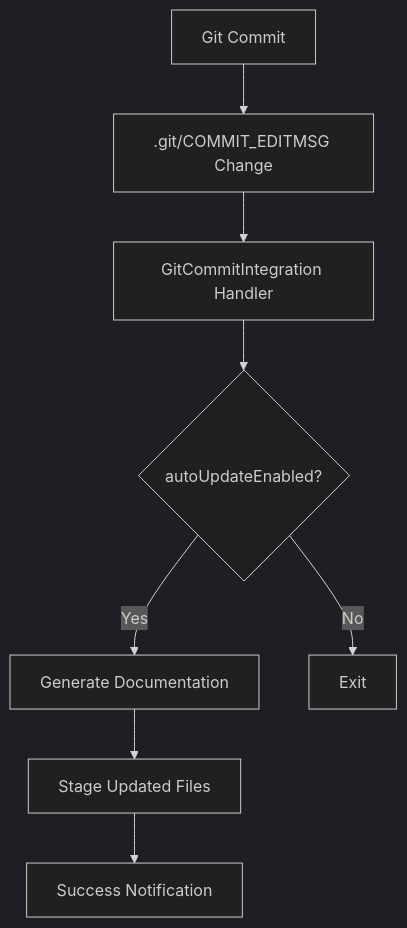
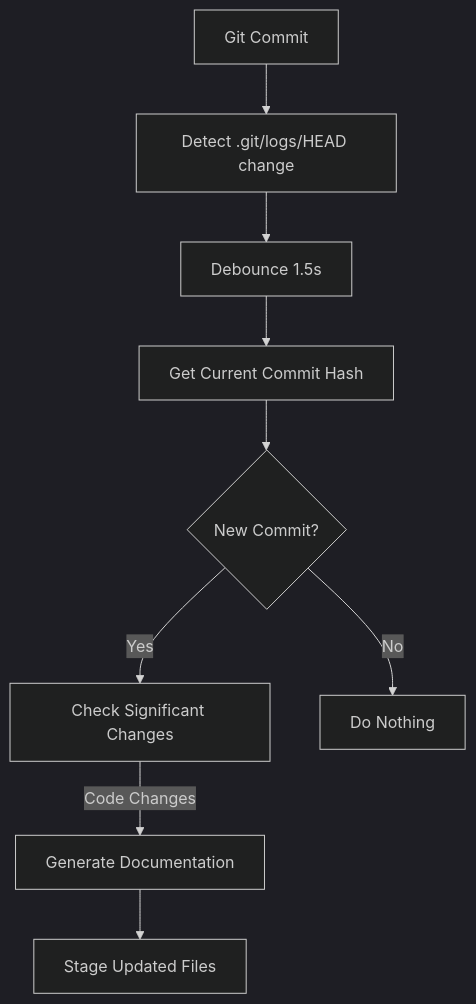
Before and after one commit to voznyye/AutoDoc: the third of 3 diagrams in PROJECT_OVERVIEW.md, drawn with Mermaid (dark theme). The commit also changed other lines of this file and 1 other file, not shown here.

````diff
--- a/PROJECT_OVERVIEW.md
+++ b/PROJECT_OVERVIEW.md
@@ -231,10 +326,11 @@
 ```mermaid
 graph TD
-    A[Git Commit] --> B[.git/COMMIT_EDITMSG Change]
-    B --> C[GitCommitIntegration Handler]
-    C --> D{autoUpdateEnabled?}
-    D -->|Yes| E[Generate Documentation]
-    D -->|No| F[Exit]
-    E --> G[Stage Updated Files]
-    G --> H[Success Notification]
+    A[Git Commit] --> B[Detect .git/logs/HEAD change]
+    B --> C[Debounce 1.5s]
+    C --> D[Get Current Commit Hash]
+    D --> E{New Commit?}
+    E -->|Yes| F[Check Significant Changes]
+    F -->|Code Changes| G[Generate Documentation]
+    G --> H[Stage Updated Files]
+    E -->|No| I[Do Nothing]
 ```
````
